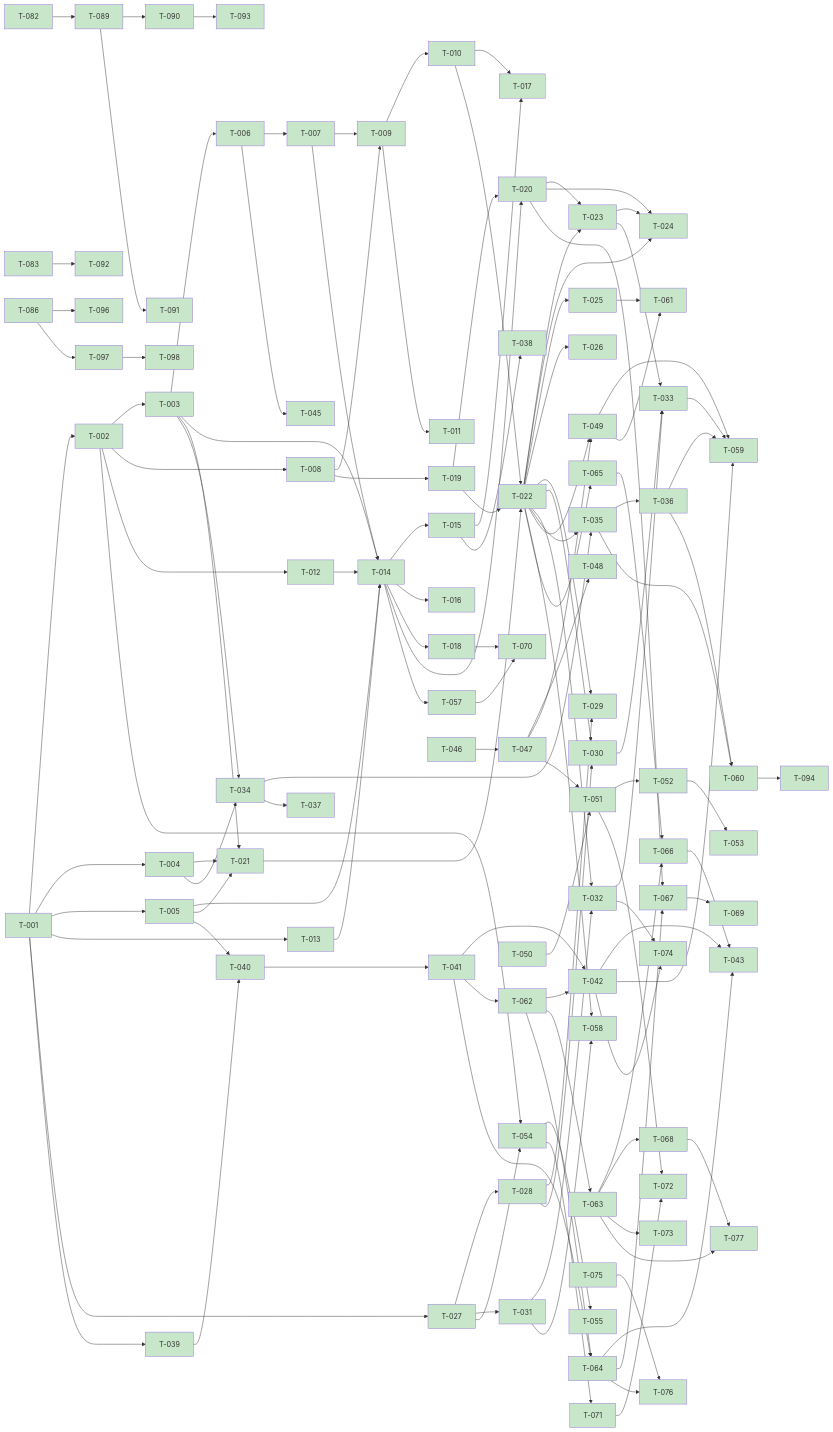
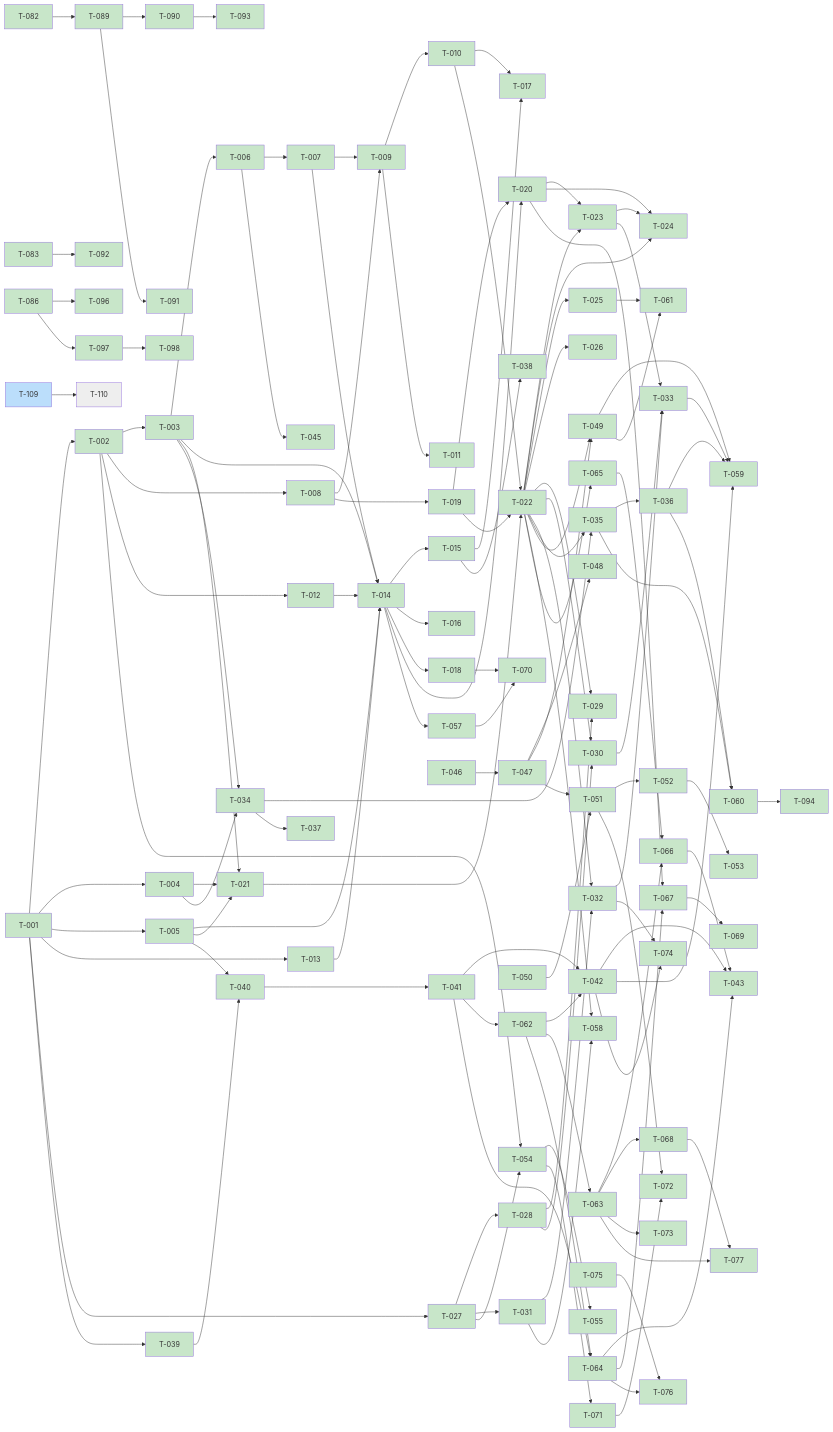
One commit to scholtz/biatec-chat changed the diagram in kanban/BOARD.md. Above: the diagram before and after it, drawn with Mermaid. The commit also changed other lines of this file and 1 other file, not shown here.

````diff
--- a/kanban/BOARD.md
+++ b/kanban/BOARD.md
@@ -267,6 +268,7 @@
   T086[T-086] --> T096[T-096]
   T086[T-086] --> T097[T-097]
   T097[T-097] --> T098[T-098]
+  T109[T-109] --> T110[T-110]
   classDef done fill:#c8e6c9
   classDef review fill:#fff9c4
   classDef inprogress fill:#bbdefb
@@ -274,4 +276,5 @@
   classDef blocked fill:#eeeeee
   class T001,T002,T003,T004,T005,T006,T007,T008,T009,T010,T011,T012,T013,T014,T015,T016,T017,T018,T019,T020,T021,T022,T023,T024,T025,T026,T027,T028,T029,T030,T031,T032,T033,T034,T035,T036,T037,T038,T039,T040,T041,T042,T043,T044,T045,T046,T047,T048,T049,T050,T051,T052,T053,T054,T055,T056,T057,T058,T059,T060,T061,T062,T063,T064,T065,T066,T067,T068,T069,T070,T071,T072,T073,T074,T075,T076,T077,T078,T079,T080,T081,T082,T083,T084,T085,T086,T087,T088,T089,T090,T091,T092,T093,T094,T095,T096,T097,T098,T099,T100,T101,T102,T103,T104,T105,T106,T107,T108 done
   class T109 inprogress
+  class T110 blocked
 ```
````
